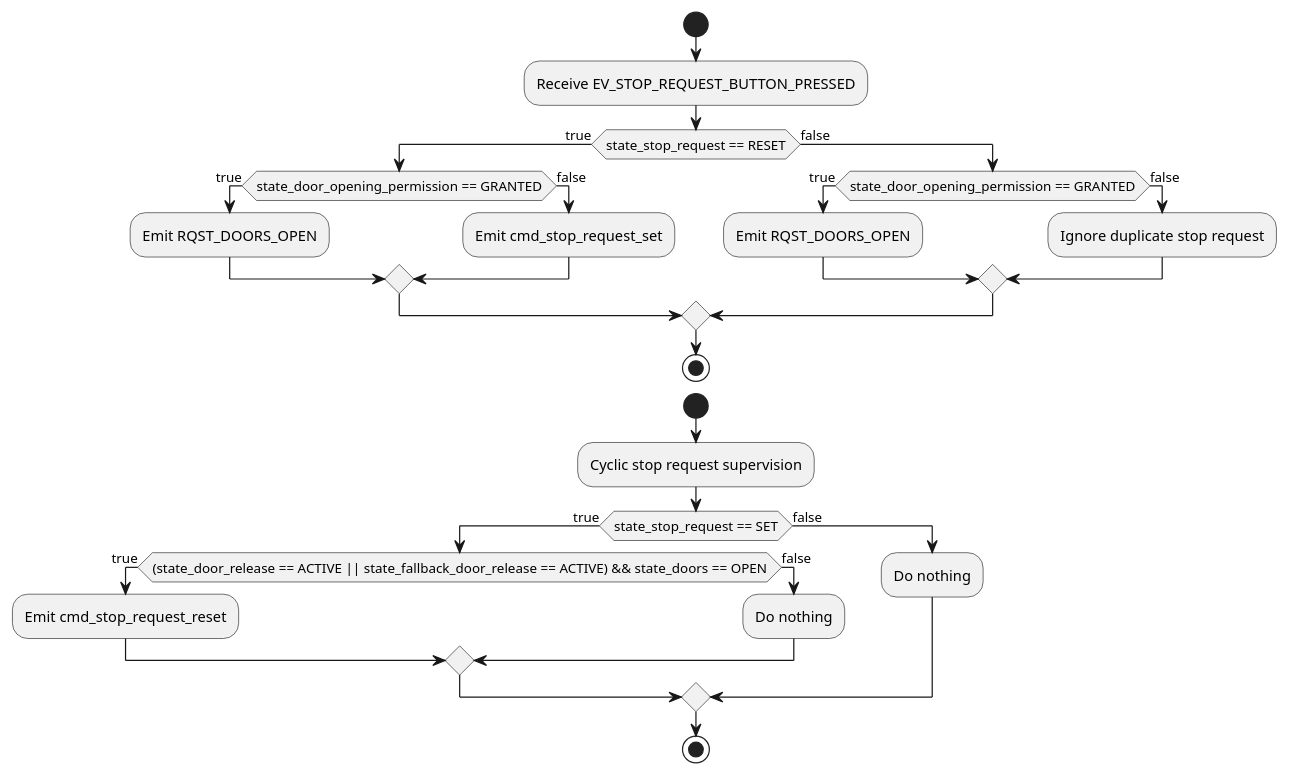
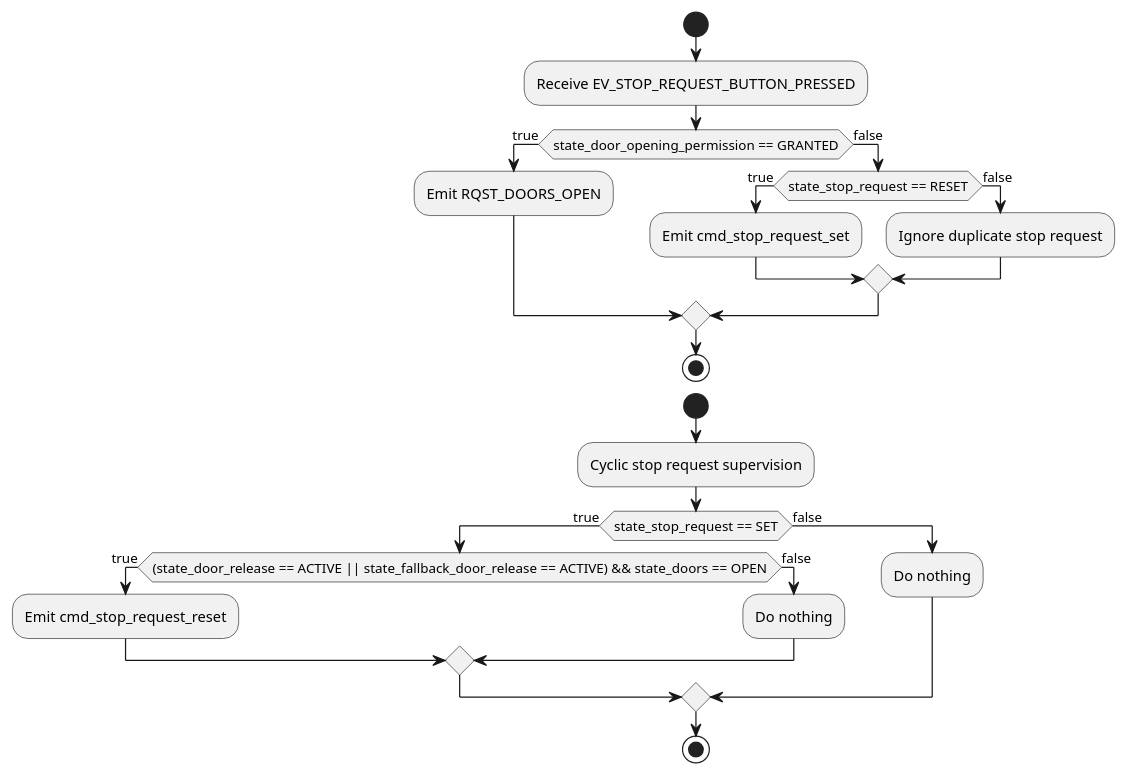
One commit to paetzholdt/CANRepo changed the diagram in docs/models/activity_diagrams/node-door-controller/stop_request_supervisor_activity.puml. Above: the diagram before and after it, drawn with PlantUML. The commit also changed 3 other files, not shown here.

Commit message:
feat(node-door-controller): simplify stop request model and add stop request supervisor

```diff
--- a/docs/models/activity_diagrams/node-door-controller/stop_request_supervisor_activity.puml
+++ b/docs/models/activity_diagrams/node-door-controller/stop_request_supervisor_activity.puml
@@ -1,49 +1,40 @@
 @startuml stop_request_supervisor_activity
 
 start
-
 :Receive EV_STOP_REQUEST_BUTTON_PRESSED;
 
-if (state_stop_request == RESET) then (true) 
-    if (state_door_opening_permission == GRANTED) then (true)
-        :Emit RQST_DOORS_OPEN;
+if (state_door_opening_permission == GRANTED) then (true)
+    :Emit RQST_DOORS_OPEN;
+
+else (false)
+    if (state_stop_request == RESET) then (true)
+        :Emit cmd_stop_request_set;
 
     else (false)
-        :Emit cmd_stop_request_set;
-    
+        :Ignore duplicate stop request;
+
     endif
-
-else (false)
-    if (state_door_opening_permission == GRANTED) then (true)
-        :Emit RQST_DOORS_OPEN;
-    
-    else (false)
-        :Ignore duplicate stop request;
-    
-    endif
-
 endif
 
 stop
 
 
 start
-
 :Cyclic stop request supervision;
 
 if (state_stop_request == SET) then (true)
     if ((state_door_release == ACTIVE || state_fallback_door_release == ACTIVE) && state_doors == OPEN) then (true)
-
         :Emit cmd_stop_request_reset;
 
     else (false)
-    :Do nothing;
+        :Do nothing;
     endif
 
 else (false)
 :Do nothing;
 endif
+
 stop
 
 
 @enduml
```
